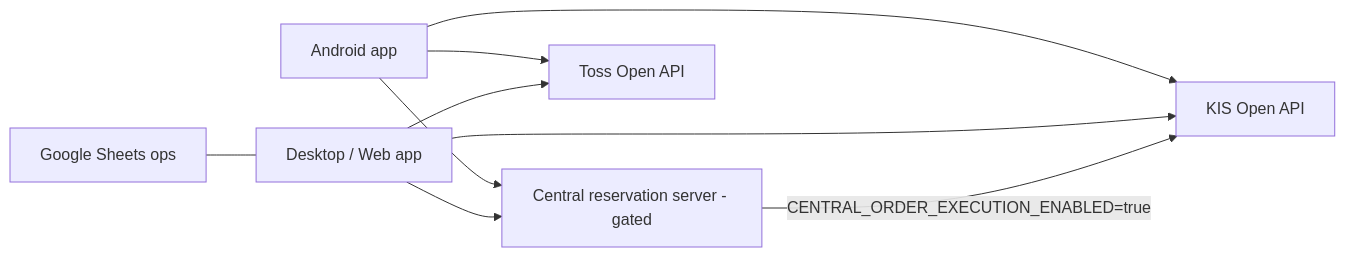
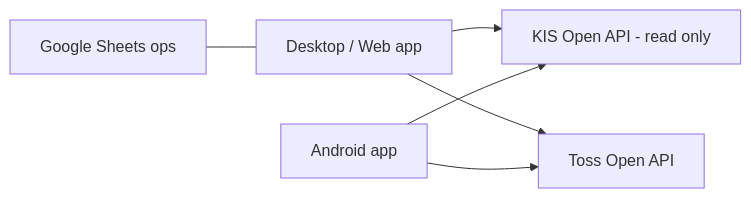
Before and after one commit to ianlyoo/koreainv-dashboard: the diagram in README.md, drawn with Mermaid. The commit also changed other lines of this file and 38 other files, not shown here.

Commit message:
feat: add stock insights and refresh read-only dashboard for v1.9.5

````diff
--- a/README.md
+++ b/README.md
@@ -42,11 +42,8 @@
 ```mermaid
 flowchart LR
-    A[Desktop / Web app] --> C[Central reservation server - gated]
-    B[Android app] --> C
-    C -- "CENTRAL_ORDER_EXECUTION_ENABLED=true" --> D[KIS Open API]
-    A --> D
-    B --> D
+    A[Desktop / Web app] --> D[KIS Open API - read only]
+    B[Android app] --> D
     A --> E[Toss Open API]
     B --> E
     F[Google Sheets ops] --- A
 ```
````
